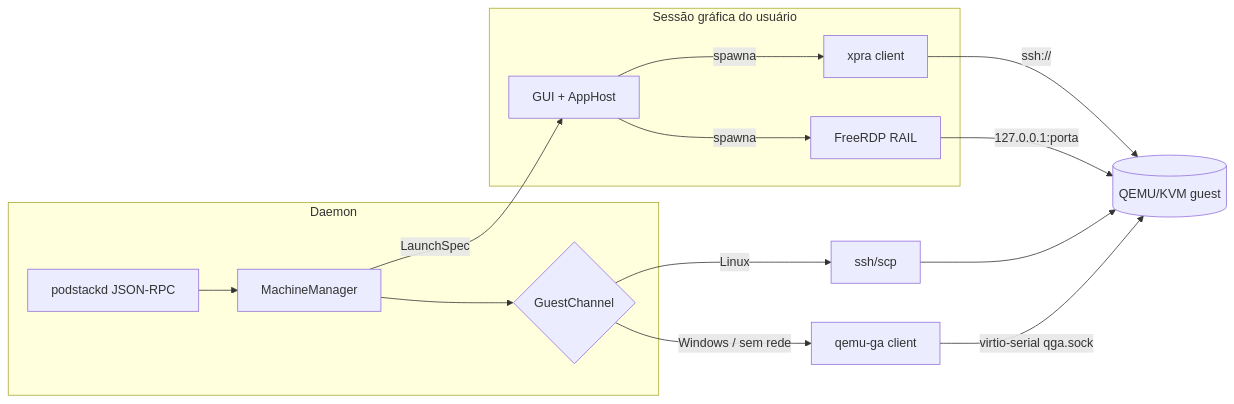
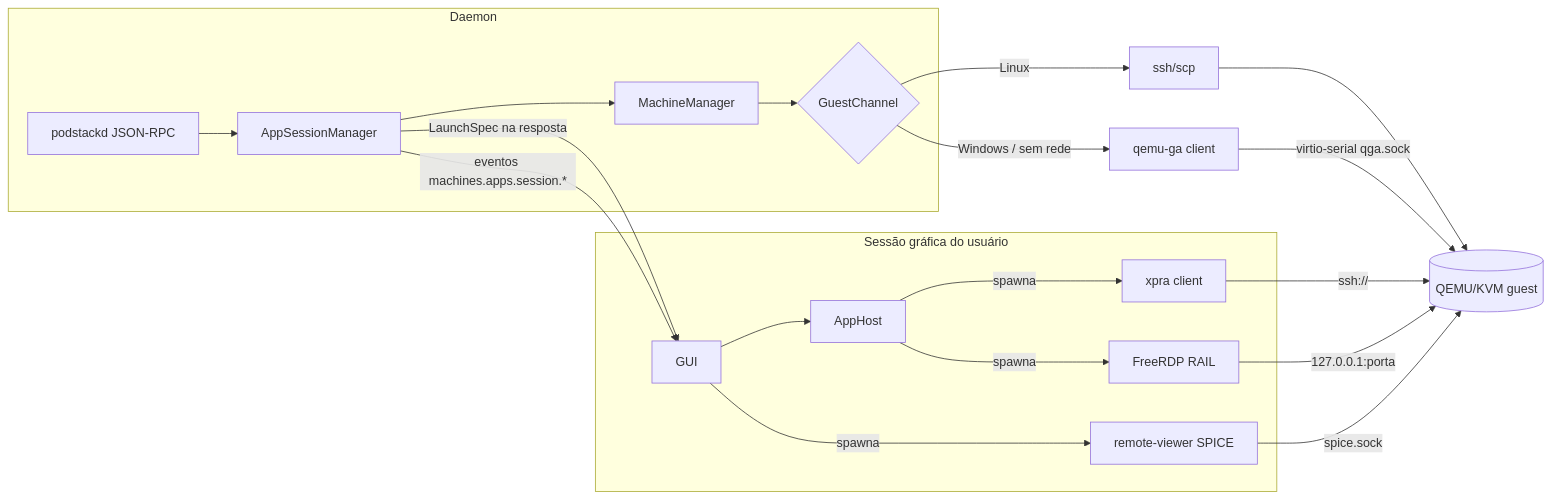
One commit to marcos2872/podstack changed the diagram in docs/specs/001-apps-remotos-vm/plan.md. Above: the diagram before and after it, drawn with Mermaid. The commit also changed other lines of this file and 5 other files, not shown here.

````diff
--- a/docs/specs/001-apps-remotos-vm/plan.md
+++ b/docs/specs/001-apps-remotos-vm/plan.md
@@ -10,18 +11,23 @@
 ```mermaid
 flowchart LR
   subgraph Sessão gráfica do usuário
-    GUI[GUI + AppHost] -->|spawna| XP[xpra client]
-    GUI -->|spawna| RD[FreeRDP RAIL]
+    GUI[GUI] --> AH[AppHost]
+    GUI -->|spawna| RV[remote-viewer SPICE]
+    AH -->|spawna| XP[xpra client]
+    AH -->|spawna| RD[FreeRDP RAIL]
   end
   subgraph Daemon
-    RPC[podstackd JSON-RPC] --> MM[MachineManager]
+    RPC[podstackd JSON-RPC] --> ASM[AppSessionManager]
+    ASM --> MM[MachineManager]
     MM --> GC{GuestChannel}
-    MM -->|LaunchSpec| GUI
+    ASM -->|LaunchSpec na resposta| GUI
+    ASM -->|eventos machines.apps.session.*| GUI
   end
   GC -->|Linux| SSH[ssh/scp]
   GC -->|Windows / sem rede| QGA[qemu-ga client]
   XP -->|ssh://| VM[(QEMU/KVM guest)]
+  RV -->|spice.sock| VM
   RD -->|127.0.0.1:porta| VM
   SSH --> VM
   QGA -->|virtio-serial qga.sock| VM
 ```
````
